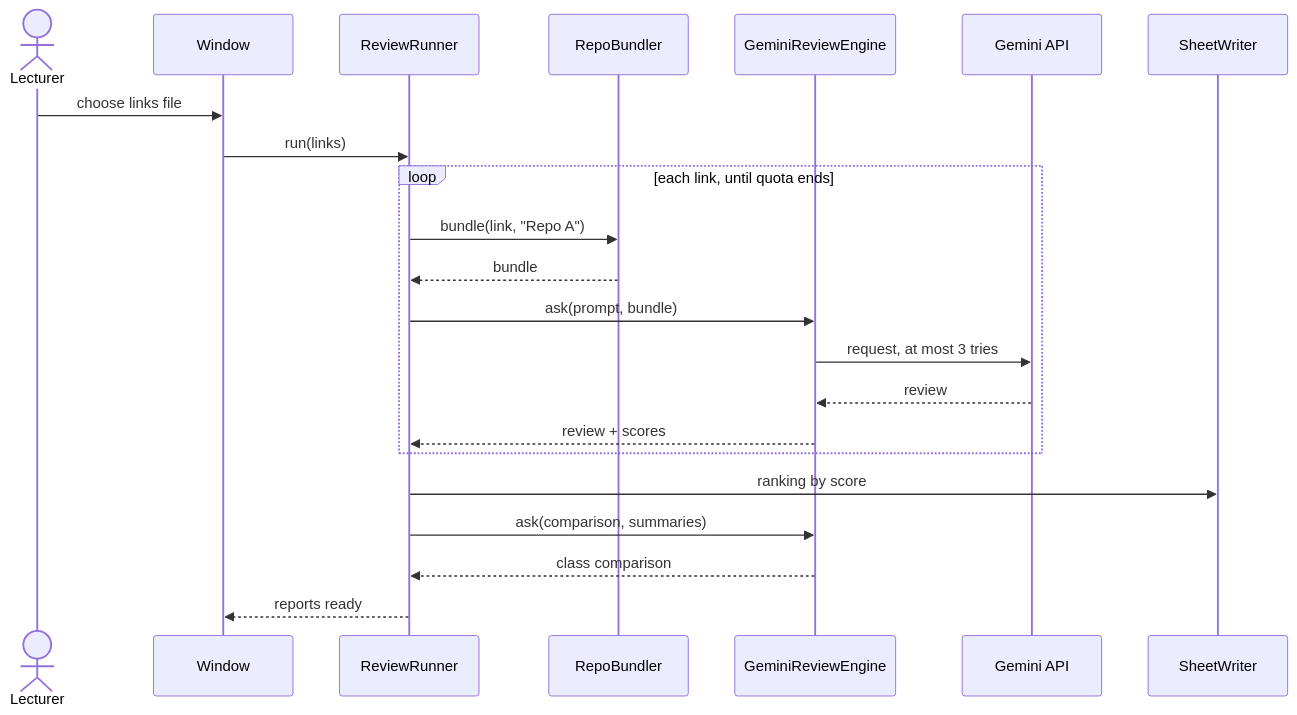
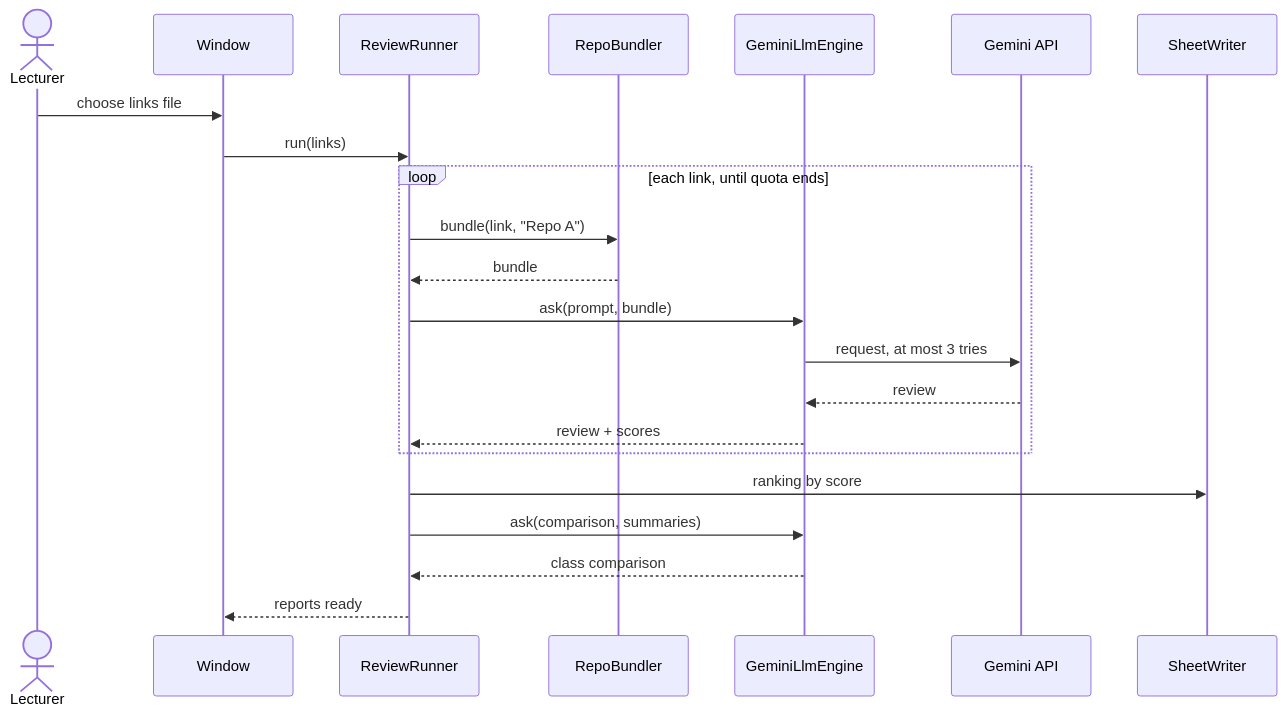
One commit to yonatanShoval/OOP_Exercise2 changed diagram 15 of 15 in docs/design.md. Above: the diagram before and after it, drawn with Mermaid. The commit also changed other lines of this file and 4 other files, not shown here.

First line of the commit message:
Step 8 fixes: LlmEngine name, dependency direction, DatabaseGateway, challenge data path

````diff
--- a/docs/design.md
+++ b/docs/design.md
@@ -569,24 +579,24 @@
 ```mermaid
 sequenceDiagram
     actor L as Lecturer
     participant W as Window
     participant R as ReviewRunner
     participant B as RepoBundler
-    participant E as GeminiReviewEngine
+    participant E as GeminiLlmEngine
     participant G as Gemini API
     participant X as SheetWriter
     L->>W: choose links file
     W->>R: run(links)
     loop each link, until quota ends
         R->>B: bundle(link, "Repo A")
         B-->>R: bundle
         R->>E: ask(prompt, bundle)
         E->>G: request, at most 3 tries
         G-->>E: review
         E-->>R: review + scores
     end
     R->>X: ranking by score
     R->>E: ask(comparison, summaries)
     E-->>R: class comparison
     R-->>W: reports ready
 ```
````
